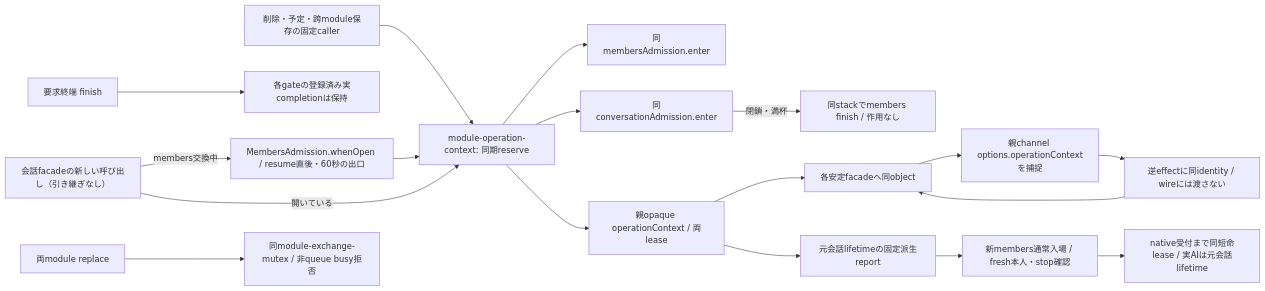
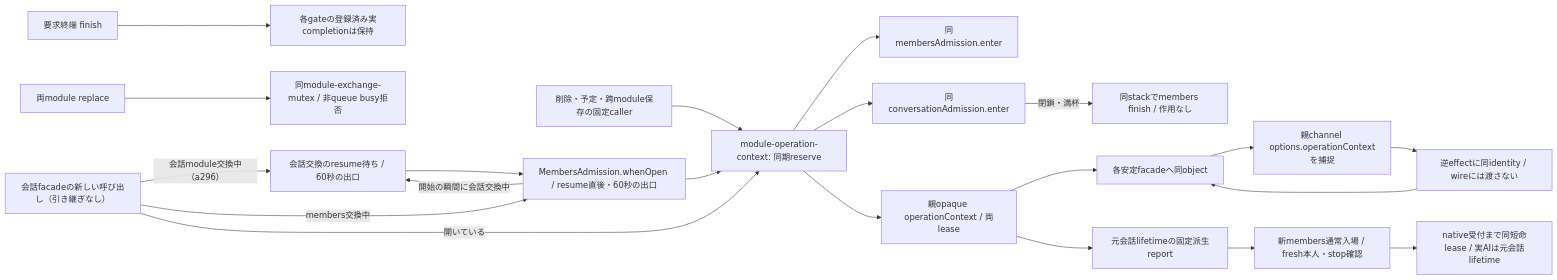
Before and after one commit to kitepon/BellTeam: diagram 23 of 44 in docs/architecture/modules/integration/README.md, drawn with Mermaid. The commit also changed 3 other files, not shown here.

First line of the commit message:
A fresh conversation facade call waits out a conversation module exchange (a296, BugHub ef83d4ee)

````diff
--- a/docs/architecture/modules/integration/README.md
+++ b/docs/architecture/modules/integration/README.md
@@ -533,19 +533,21 @@
 ```mermaid
 flowchart LR
   Caller[削除・予定・跨module保存の固定caller] --> Reserve[module-operation-context: 同期reserve]
-  FreshFacade[会話facadeの新しい呼び出し（引き継ぎなし）] -->|members交換中| WhenOpen[MembersAdmission.whenOpen / resume直後・60秒の出口] --> Reserve
+  FreshFacade[会話facadeの新しい呼び出し（引き継ぎなし）] -->|会話module交換中（a296）| ConvHold[会話交換のresume待ち / 60秒の出口] --> WhenOpen
+  FreshFacade -->|members交換中| WhenOpen[MembersAdmission.whenOpen / resume直後・60秒の出口] --> Reserve
+  WhenOpen -->|開始の瞬間に会話交換中| ConvHold
   FreshFacade -->|開いている| Reserve
   Reserve --> Members[同membersAdmission.enter]
   Reserve --> Conversation[同conversationAdmission.enter]
   Conversation -->|閉鎖・満杯| Release[同stackでmembers finish / 作用なし]
   Reserve --> Context[親opaque operationContext / 両lease]
   Context --> Facade[各安定facadeへ同object]
   Facade --> Channel[親channel options.operationContextを捕捉]
   Channel --> Effect[逆effectに同identity / wireには渡さない]
   Effect --> Facade
   Done[要求終端 finish] --> Completion[各gateの登録済み実completionは保持]
   Context --> Report[元会話lifetimeの固定派生report]
   Report --> Fresh[新members通常入場 / fresh本人・stop確認]
   Fresh --> Accepted[native受付まで同短命lease / 実AIは元会話lifetime]
   Replace[両module replace] --> Mutex[同module-exchange-mutex / 非queue busy拒否]
 ```
````
